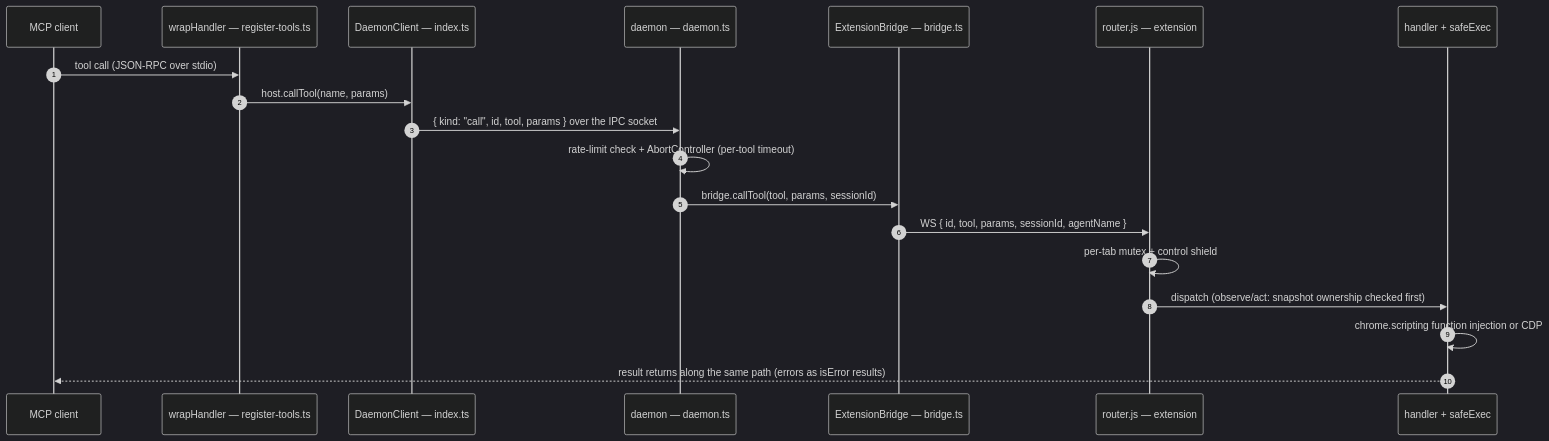
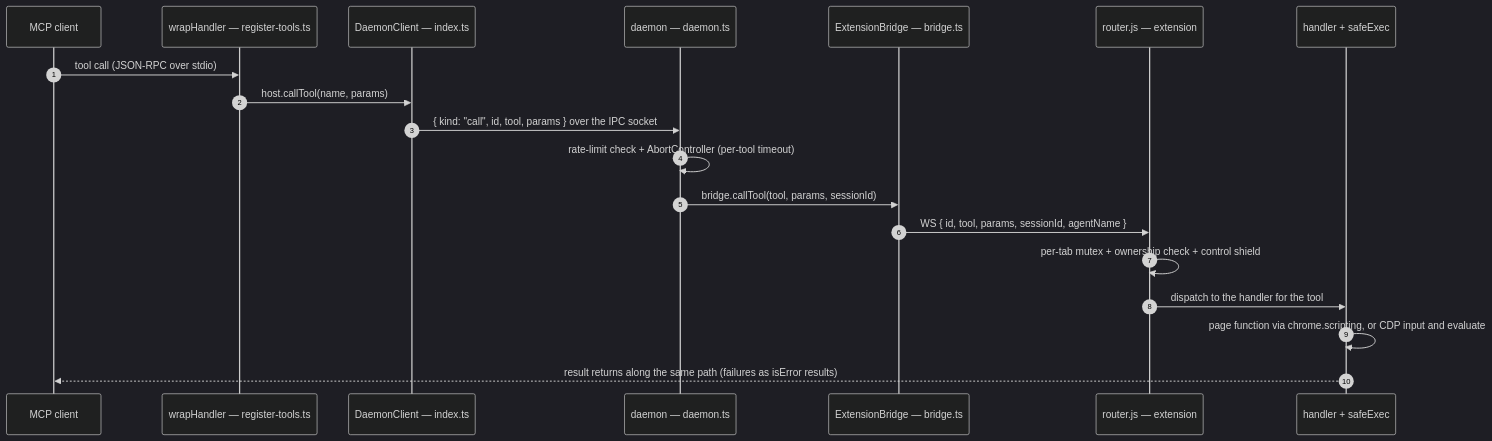
One commit to compnew2006/browser-controller changed the second of 2 diagrams in README.md. Above: the diagram before and after it, drawn with Mermaid (dark theme). The commit also changed other lines of this file and 206 other files, not shown here.

````diff
--- a/README.md
+++ b/README.md
@@ -1134,22 +710,22 @@
 ```mermaid
 sequenceDiagram
     autonumber
     participant C as MCP client
     participant W as wrapHandler — register-tools.ts
     participant DC as DaemonClient — index.ts
     participant DM as daemon — daemon.ts
     participant BR as ExtensionBridge — bridge.ts
     participant RT as router.js — extension
     participant H as handler + safeExec
 
     C->>W: tool call (JSON-RPC over stdio)
     W->>DC: host.callTool(name, params)
     DC->>DM: { kind: "call", id, tool, params } over the IPC socket
     DM->>DM: rate-limit check + AbortController (per-tool timeout)
     DM->>BR: bridge.callTool(tool, params, sessionId)
     BR->>RT: WS { id, tool, params, sessionId, agentName }
-    RT->>RT: per-tab mutex + control shield
-    RT->>H: dispatch (observe/act: snapshot ownership checked first)
-    H->>H: chrome.scripting function injection or CDP
-    H-->>C: result returns along the same path (errors as isError results)
+    RT->>RT: per-tab mutex + ownership check + control shield
+    RT->>H: dispatch to the handler for the tool
+    H->>H: page function via chrome.scripting, or CDP input and evaluate
+    H-->>C: result returns along the same path (failures as isError results)
 ```
````
